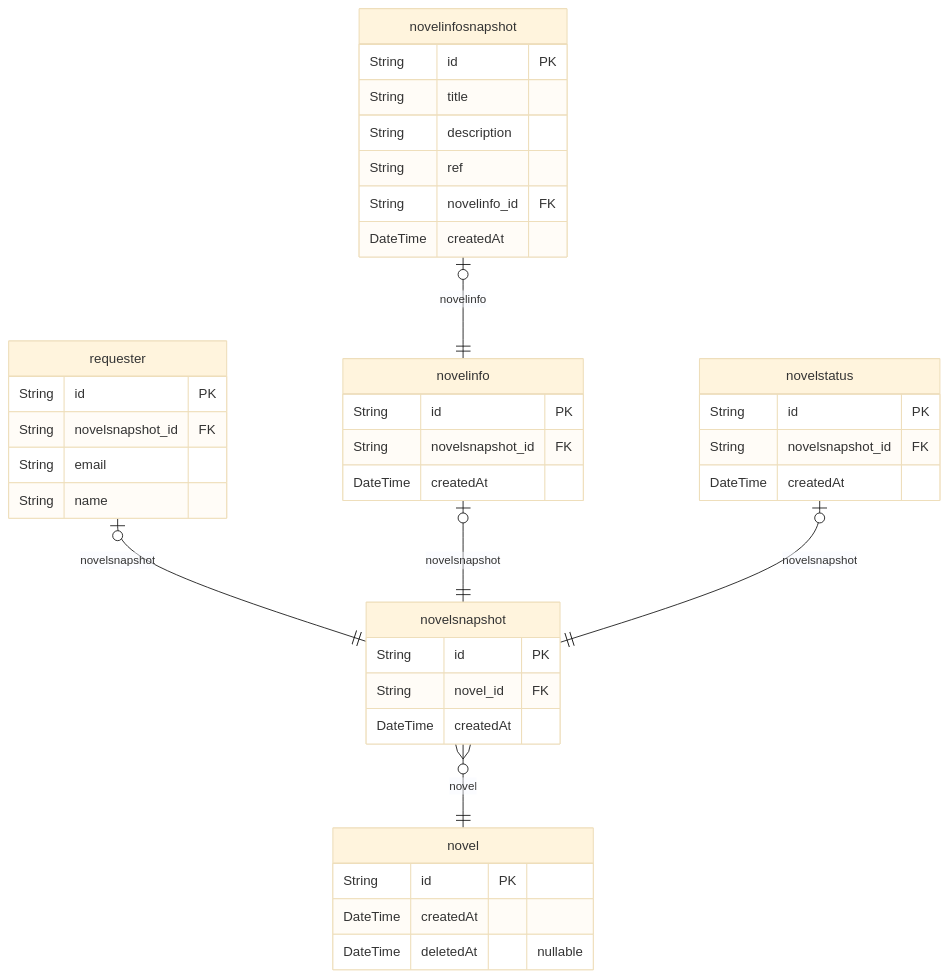
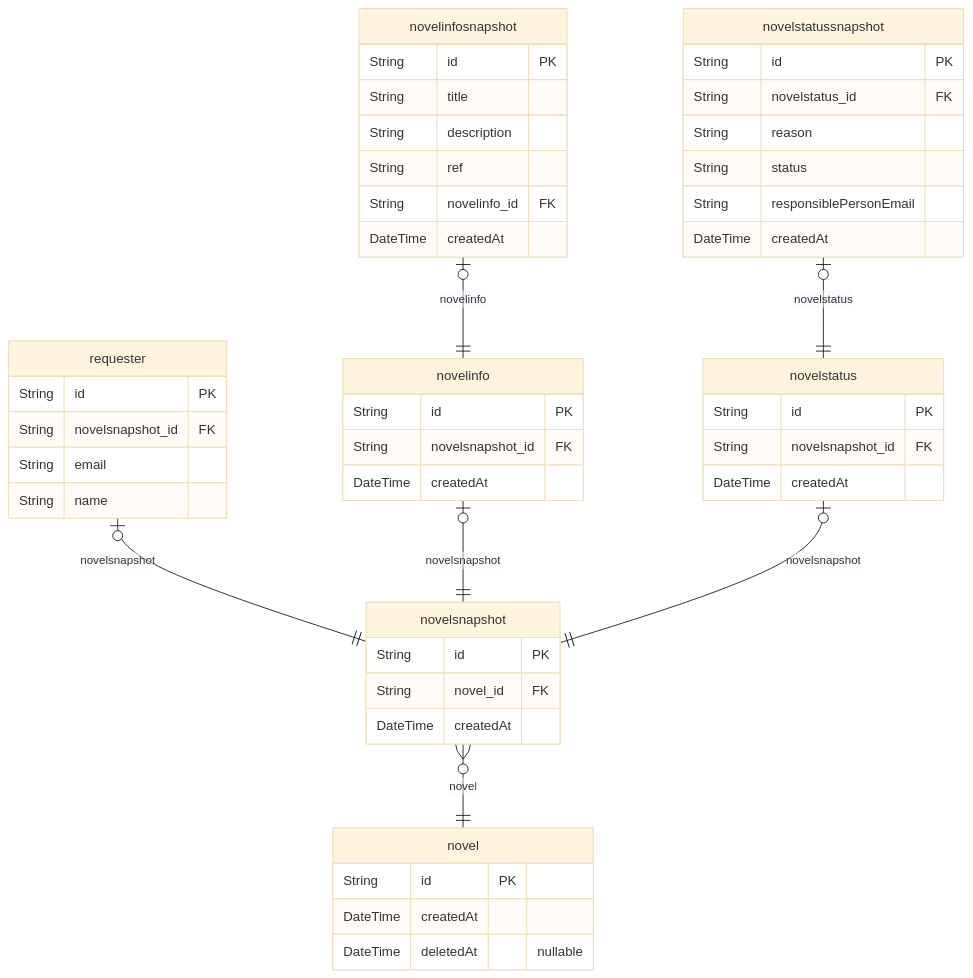
The diagram in ERD.md (ktb-eatbook/eatbook-community), drawn with Mermaid (base theme) before and after one commit. The commit also changed other lines of this file and 1 other file, not shown here.

````diff
--- a/ERD.md
+++ b/ERD.md
@@ -8,42 +7,51 @@
 ```mermaid
 erDiagram
 "novel" {
   String id PK
   DateTime createdAt
   DateTime deletedAt "nullable"
 }
 "novelsnapshot" {
   String id PK
   String novel_id FK
   DateTime createdAt
 }
 "requester" {
   String id PK
   String novelsnapshot_id FK
   String email
   String name
 }
 "novelinfo" {
   String id PK
   String novelsnapshot_id FK
   DateTime createdAt
 }
 "novelinfosnapshot" {
   String id PK
   String title
   String description
   String ref
   String novelinfo_id FK
   DateTime createdAt
 }
 "novelstatus" {
   String id PK
   String novelsnapshot_id FK
   DateTime createdAt
 }
+"novelstatussnapshot" {
+  String id PK
+  String novelstatus_id FK
+  String reason
+  String status
+  String responsiblePersonEmail
+  DateTime createdAt
+}
 "novelsnapshot" }o--|| "novel" : novel
 "requester" |o--|| "novelsnapshot" : novelsnapshot
 "novelinfo" |o--|| "novelsnapshot" : novelsnapshot
 "novelinfosnapshot" |o--|| "novelinfo" : novelinfo
 "novelstatus" |o--|| "novelsnapshot" : novelsnapshot
+"novelstatussnapshot" |o--|| "novelstatus" : novelstatus
 ```
````
